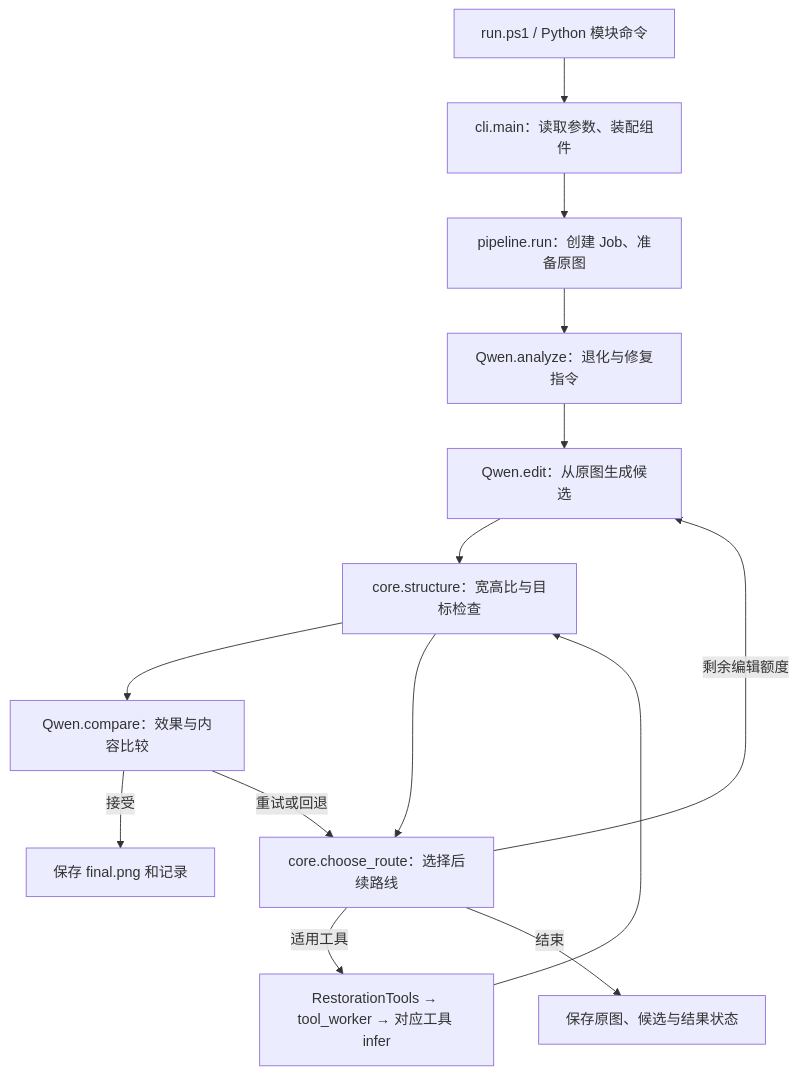
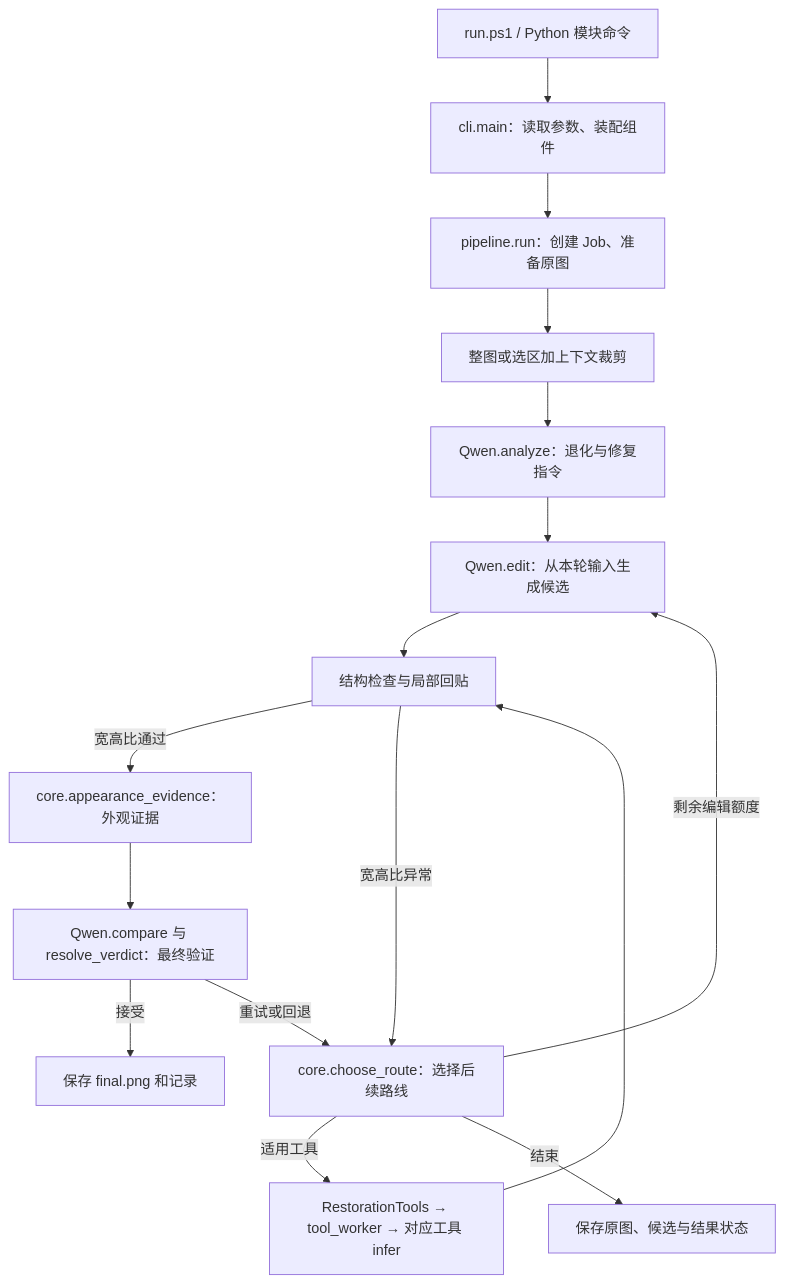
One commit to JOHNEIX/Agentrestoration changed the diagram in 项目结构.md. Above: the diagram before and after it, drawn with Mermaid. The commit also changed other lines of this file and 85 other files, not shown here.

````diff
--- a/项目结构.md
+++ b/项目结构.md
@@ -148,16 +166,18 @@
 ```mermaid
 flowchart TD
     A[run.ps1 / Python 模块命令] --> B[cli.main：读取参数、装配组件]
     B --> C[pipeline.run：创建 Job、准备原图]
-    C --> D[Qwen.analyze：退化与修复指令]
-    D --> E[Qwen.edit：从原图生成候选]
-    E --> V[core.structure：宽高比与目标检查]
-    V --> Q[Qwen.compare：效果与内容比较]
-    V --> R[core.choose_route：选择后续路线]
+    C --> L[整图或选区加上下文裁剪]
+    L --> D[Qwen.analyze：退化与修复指令]
+    D --> E[Qwen.edit：从本轮输入生成候选]
+    E --> V[结构检查与局部回贴]
+    V -->|宽高比通过| P[core.appearance_evidence：外观证据]
+    P --> Q[Qwen.compare 与 resolve_verdict：最终验证]
+    V -->|宽高比异常| R[core.choose_route：选择后续路线]
     Q -->|接受| F[保存 final.png 和记录]
     Q -->|重试或回退| R
     R -->|剩余编辑额度| E
     R -->|适用工具| T[RestorationTools → tool_worker → 对应工具 infer]
     T --> V
     R -->|结束| S[保存原图、候选与结果状态]
 ```
````
